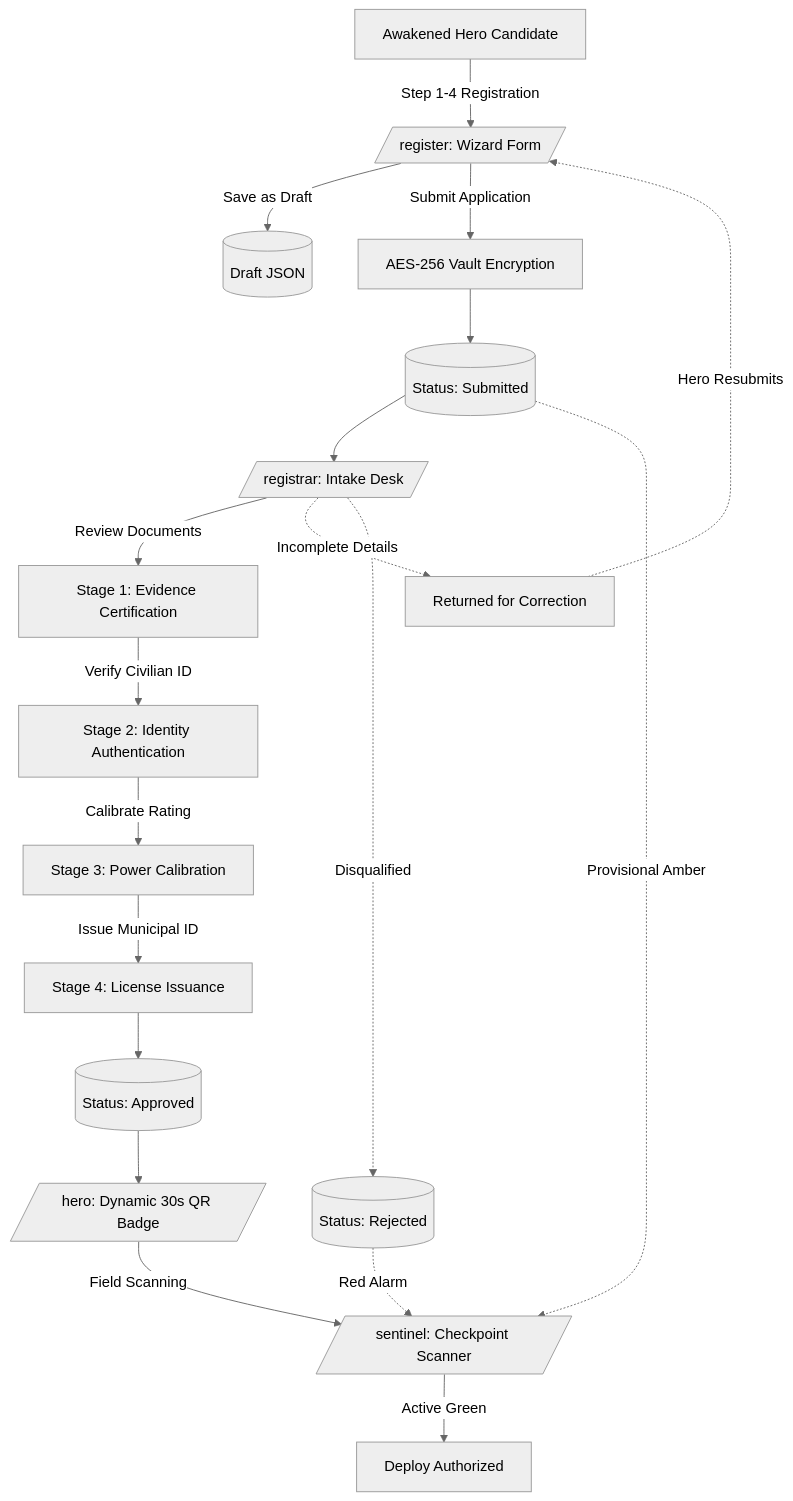
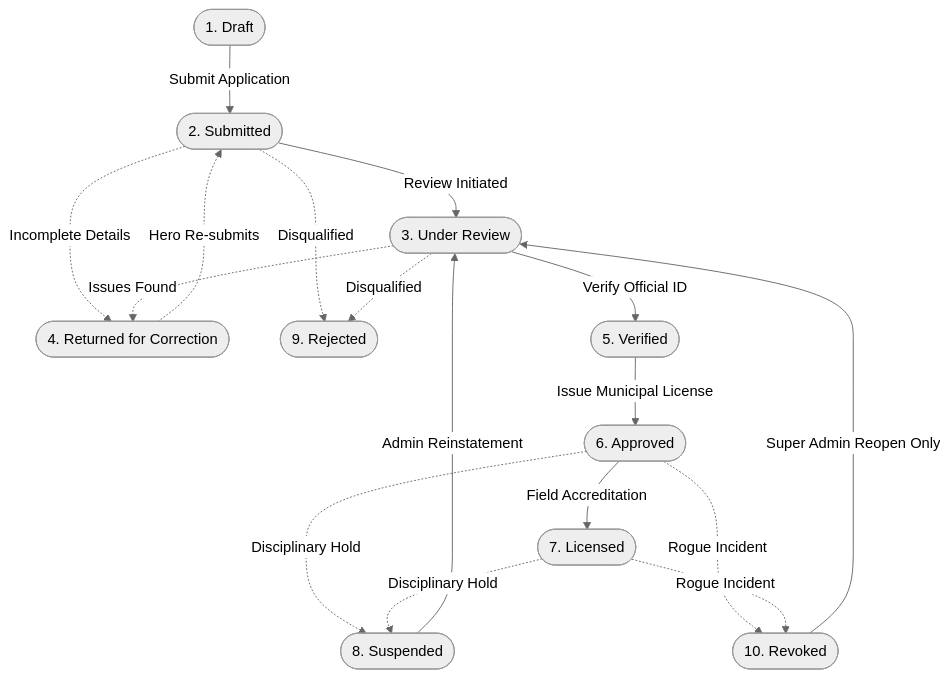
Before and after one commit to ninojohn56-create/heroregestry: the diagram in README.md, drawn with Mermaid (neutral theme). The commit also changed other lines of this file and 1 other file, not shown here.

Commit message:
docs: fully audited system documentation with 49-endpoint REST catalog, 10-state lifecycle engine, and verified portal architecture

````diff
--- a/README.md
+++ b/README.md
@@ -49,25 +54,23 @@
 ```mermaid
 flowchart TD
-    Candidate[Awakened Hero Candidate] -->|Step 1-4 Registration| RegForm[/register: Wizard Form/]
-    RegForm -->|Save as Draft| DraftState[(Draft JSON)]
-    RegForm -->|Submit Application| VaultEnc[AES-256 Vault Encryption]
-    VaultEnc --> SubmittedState[(Status: Submitted)]
+    Draft([1. Draft]) -->|Submit Application| Submitted([2. Submitted])
+    Submitted -->|Review Initiated| UnderReview([3. Under Review])
+    Submitted -.->|Incomplete Details| RetCorr([4. Returned for Correction])
+    RetCorr -.->|Hero Re-submits| Submitted
+    Submitted -.->|Disqualified| Rejected([9. Rejected])
 
-    SubmittedState --> RegDesk[/registrar: Intake Desk/]
-    RegDesk -->|Review Documents| Stage1[Stage 1: Evidence Certification]
-    Stage1 -->|Verify Civilian ID| Stage2[Stage 2: Identity Authentication]
-    Stage2 -->|Calibrate Rating| Stage3[Stage 3: Power Calibration]
-    Stage3 -->|Issue Municipal ID| Stage4[Stage 4: License Issuance]
-    Stage4 --> ApprovedState[(Status: Approved)]
+    UnderReview -->|Verify Official ID| Verified([5. Verified])
+    UnderReview -.->|Issues Found| RetCorr
+    UnderReview -.->|Disqualified| Rejected
+
+    Verified -->|Issue Municipal License| Approved([6. Approved])
+    Approved -->|Field Accreditation| Licensed([7. Licensed])
     
-    RegDesk -.->|Incomplete Details| ReturnCorr[Returned for Correction]
-    ReturnCorr -.->|Hero Resubmits| RegForm
-    RegDesk -.->|Disqualified| RejectedState[(Status: Rejected)]
-
-    ApprovedState --> HeroBadge[/hero: Dynamic 30s QR Badge/]
-    HeroBadge -->|Field Scanning| SentinelScanner[/sentinel: Checkpoint Scanner/]
-    SentinelScanner -->|Active Green| FieldClearance[Deploy Authorized]
+    Approved -.->|Disciplinary Hold| Suspended([8. Suspended])
+    Licensed -.->|Disciplinary Hold| Suspended
+    Approved -.->|Rogue Incident| Revoked([10. Revoked])
+    Licensed -.->|Rogue Incident| Revoked
     
-    SubmittedState -.->|Provisional Amber| SentinelScanner
-    RejectedState -.->|Red Alarm| SentinelScanner
+    Suspended -->|Admin Reinstatement| UnderReview
+    Revoked -->|Super Admin Reopen Only| UnderReview
 ```
````
